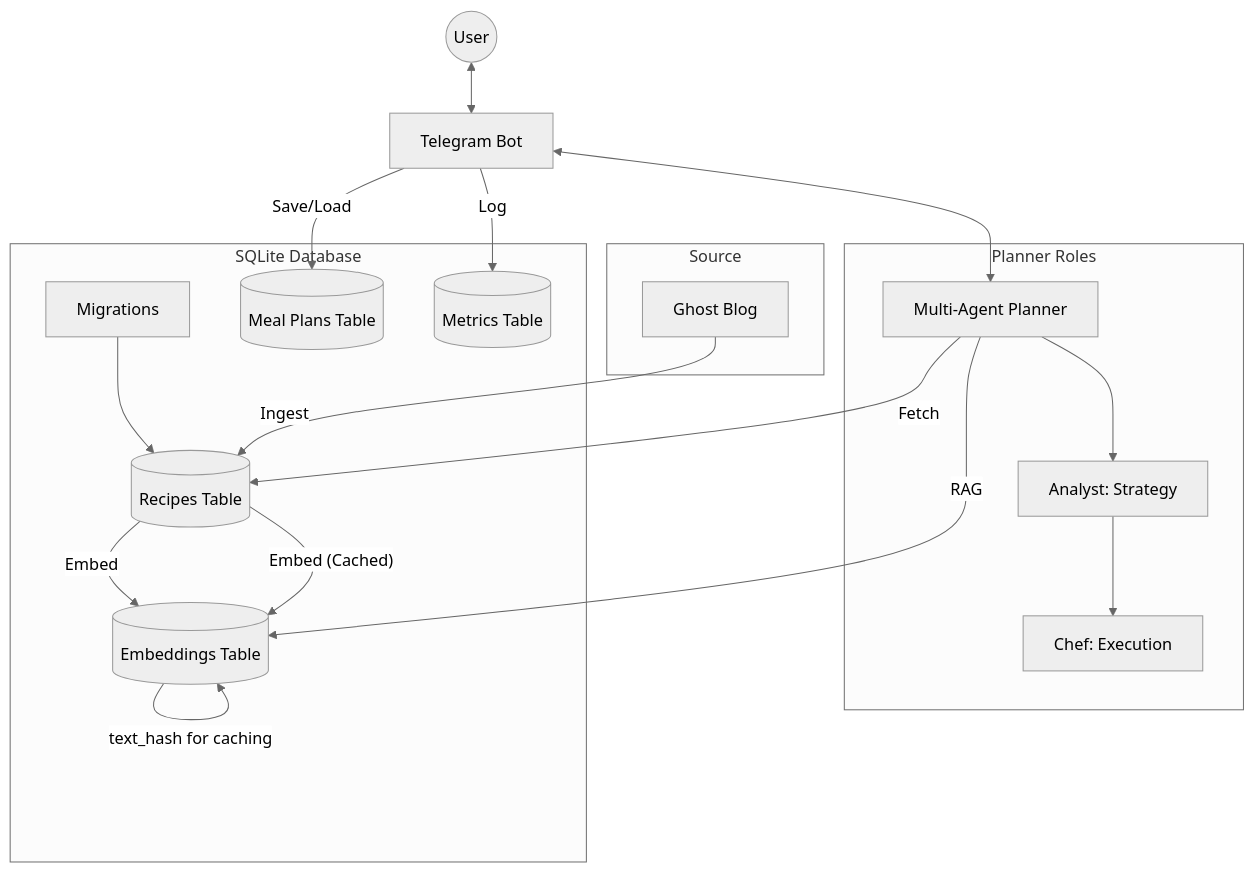
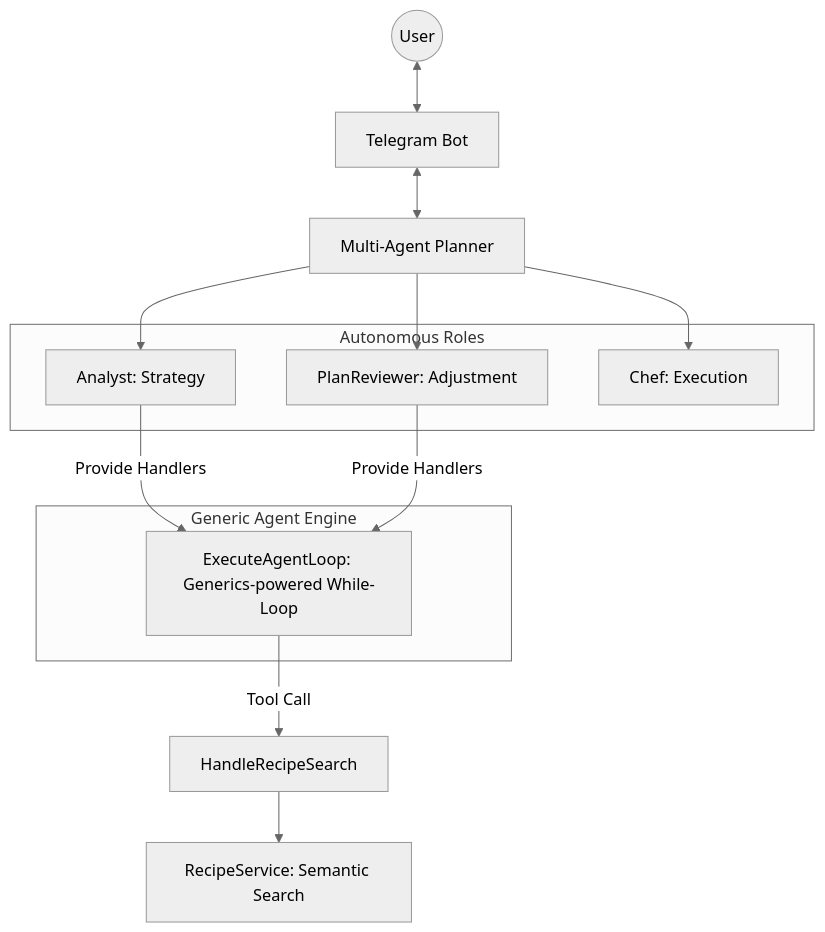
Before and after one commit to sergioazevedo/ai-meal-planner: the diagram in README.md, drawn with Mermaid (neutral theme). The commit also changed other lines of this file and 2 other files, not shown here.

Commit message:
docs: update architecture documentation for autonomous agents (#6)
* docs: update README to reflect autonomous agent engine and Pull model

* docs: update agent roadmap and definitions to reflect autonomous Pull model

````diff
--- a/README.md
+++ b/README.md
@@ -186,30 +178,23 @@
 ```mermaid
 graph TD
     User((User)) <--> Bot[Telegram Bot]
     Bot <--> Planner[Multi-Agent Planner]
 
-    subgraph Agents [Planner Roles]
-        Planner --> Analyst[Analyst: Strategy]
-        Analyst --> Chef[Chef: Execution]
+    subgraph Engine [Generic Agent Engine]
+        Loop[ExecuteAgentLoop: Generics-powered While-Loop]
     end
 
-    subgraph Storage [SQLite Database]
-        Migrations[Migrations] --> Recipes[(Recipes Table)]
-        Recipes -- Embed --> Embeddings[(Embeddings Table)]
-        Embeddings -- text_hash for caching --> Embeddings
-        Plans[(Meal Plans Table)]
-        Metrics[(Metrics Table)]
+    subgraph Agents [Autonomous Roles]
+        Analyst[Analyst: Strategy]
+        Reviewer[PlanReviewer: Adjustment]
+        Chef[Chef: Execution]
     end
 
-    subgraph CMS [Source]
-        Ghost[Ghost Blog]
-    end
+    Planner --> Analyst
+    Planner --> Reviewer
+    Planner --> Chef
 
-    Ghost -- Ingest --> Recipes
-    Recipes -- Embed (Cached) --> Embeddings
-
-    Planner -- RAG --> Embeddings
-    Planner -- Fetch --> Recipes
-    Bot -- Log --> Metrics
-    Bot -- Save/Load --> Plans
+    Analyst & Reviewer -->|Provide Handlers| Loop
+    Loop -->|Tool Call| SearchTool[HandleRecipeSearch]
+    SearchTool --> RAG[RecipeService: Semantic Search]
 ```
````
